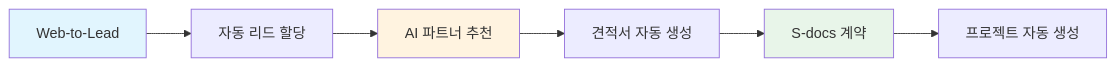
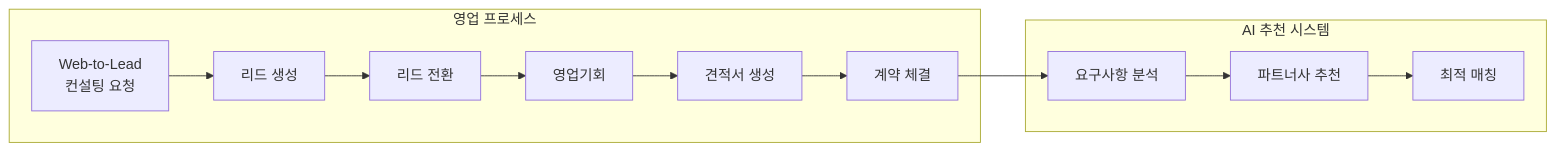
One commit to WJY-ador/Salesforce_Yashija_Project changed the second of 4 diagrams in README.md. Above: the diagram before and after it, drawn with Mermaid. The commit also changed other lines of this file, not shown here.

````diff
--- a/README.md
+++ b/README.md
@@ -179,12 +93,17 @@
 ```mermaid
 flowchart LR
-    A[Web-to-Lead] --> B[자동 리드 할당]
-    B --> C[AI 파트너 추천]
-    C --> D[견적서 자동 생성]
-    D --> E[S-docs 계약]
-    E --> F[프로젝트 자동 생성]
+    subgraph "영업 프로세스"
+        A[Web-to-Lead<br>컨설팅 요청] --> B[리드 생성]
+        B --> C[리드 전환]
+        C --> D[영업기회]
+        D --> E[견적서 생성]
+        E --> F[계약 체결]
+    end
     
-    style A fill:#e1f5fe
-    style C fill:#fff3e0
-    style E fill:#e8f5e9
+    subgraph "AI 추천 시스템"
+        G[요구사항 분석] --> H[파트너사 추천]
+        H --> I[최적 매칭]
+    end
+    
+    F --> G
 ```
````
